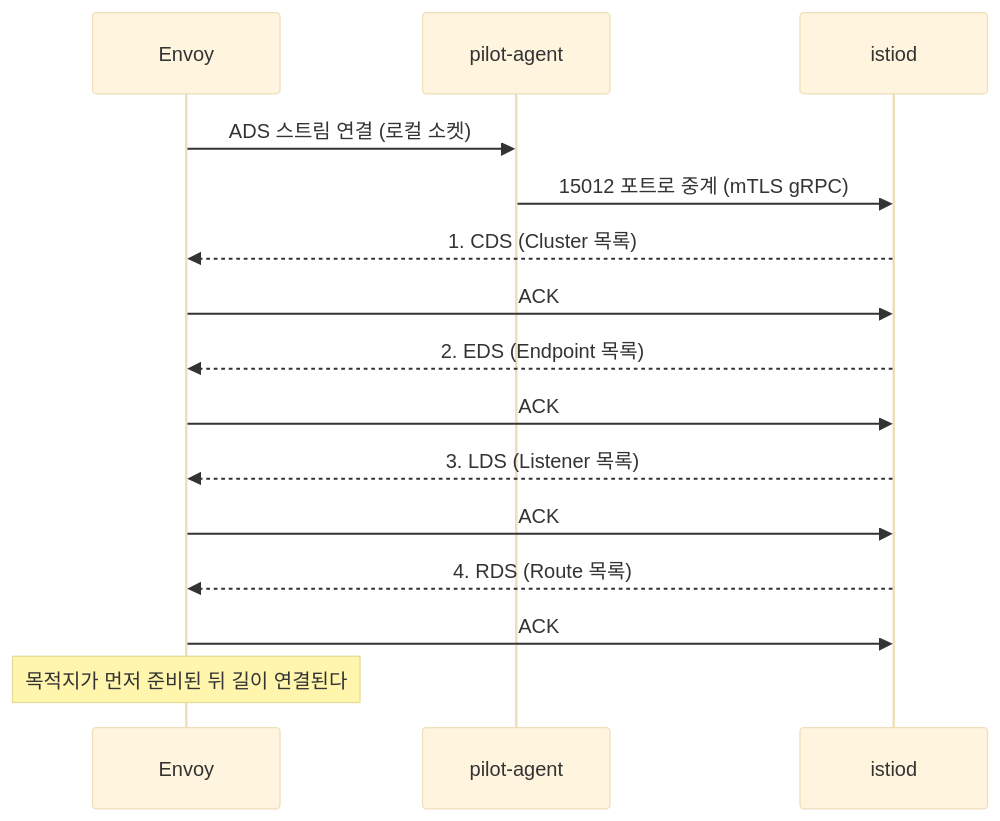
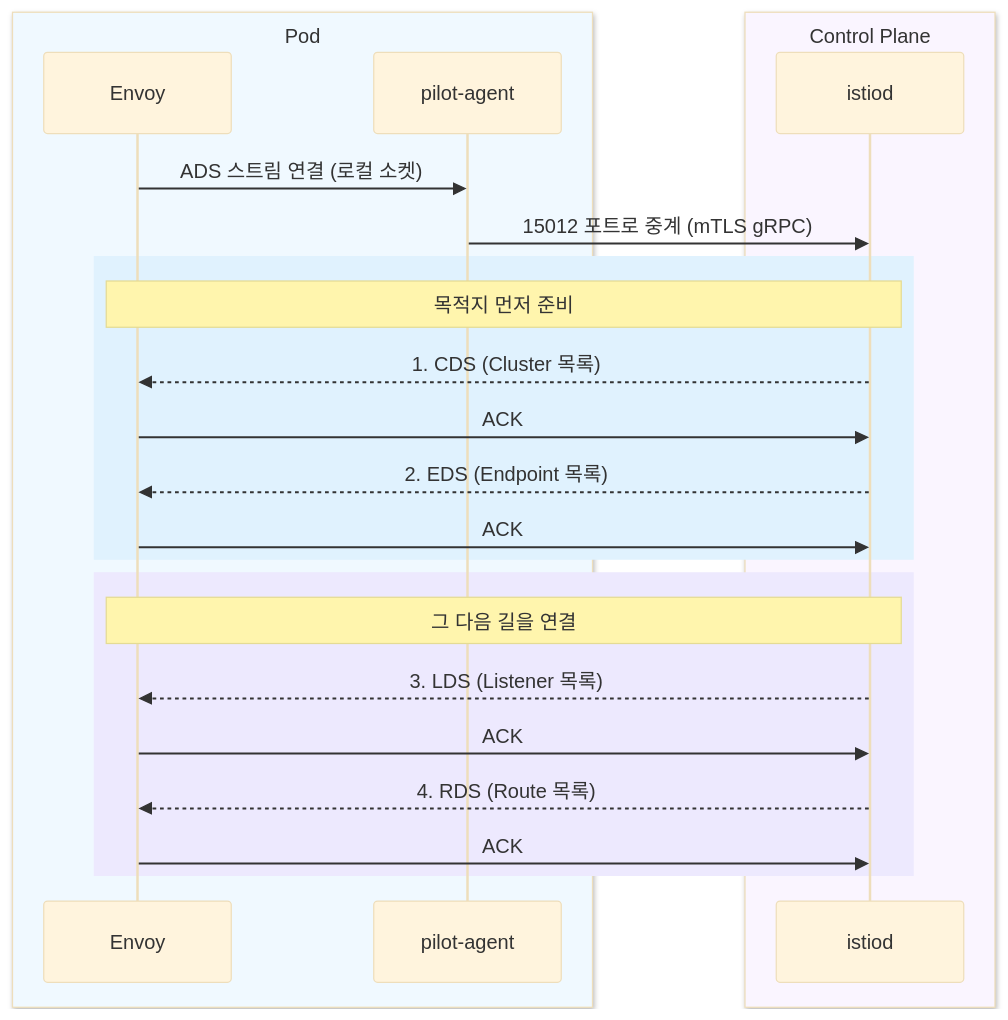
One commit to ChanghwanK/ChanghwanK.github.io changed the fourth of 6 diagrams in content/posts/2026-09-26-istio-envoy-xds/index.md. Above: the diagram before and after it, drawn with Mermaid (base theme). The commit also changed other lines of this file, not shown here.

First line of the commit message:
content(blog): apply shared palette to remaining diagrams

````diff
--- a/content/posts/2026-09-26-istio-envoy-xds/index.md
+++ b/content/posts/2026-09-26-istio-envoy-xds/index.md
@@ -177,17 +184,26 @@
 ```mermaid
 sequenceDiagram
-  participant E as Envoy
-  participant A as pilot-agent
-  participant I as istiod
+  box rgb(240, 249, 255) Pod
+    participant E as Envoy
+    participant A as pilot-agent
+  end
+  box rgb(250, 245, 255) Control Plane
+    participant I as istiod
+  end
   E->>A: ADS 스트림 연결 (로컬 소켓)
   A->>I: 15012 포트로 중계 (mTLS gRPC)
-  I-->>E: 1. CDS (Cluster 목록)
-  E->>I: ACK
-  I-->>E: 2. EDS (Endpoint 목록)
-  E->>I: ACK
-  I-->>E: 3. LDS (Listener 목록)
-  E->>I: ACK
-  I-->>E: 4. RDS (Route 목록)
-  E->>I: ACK
-  Note over E: 목적지가 먼저 준비된 뒤 길이 연결된다
+  rect rgb(224, 242, 254)
+    Note over E,I: 목적지 먼저 준비
+    I-->>E: 1. CDS (Cluster 목록)
+    E->>I: ACK
+    I-->>E: 2. EDS (Endpoint 목록)
+    E->>I: ACK
+  end
+  rect rgb(237, 233, 254)
+    Note over E,I: 그 다음 길을 연결
+    I-->>E: 3. LDS (Listener 목록)
+    E->>I: ACK
+    I-->>E: 4. RDS (Route 목록)
+    E->>I: ACK
+  end
 ```
````
